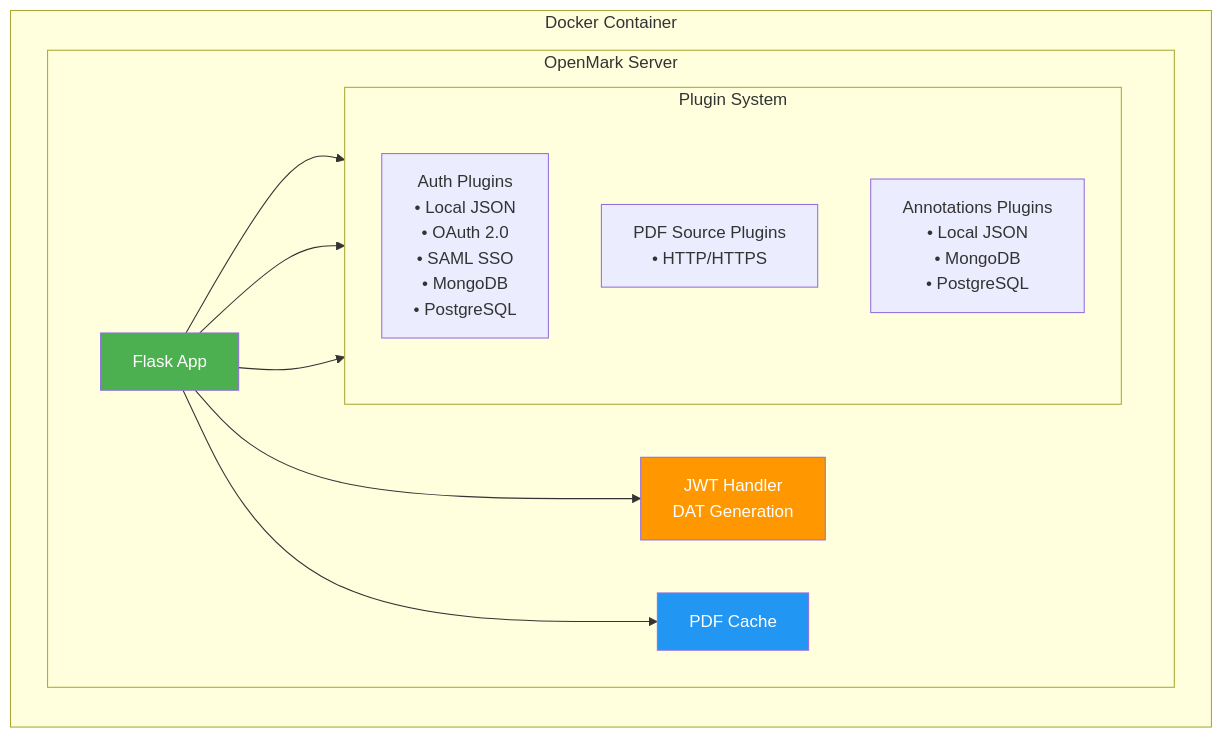
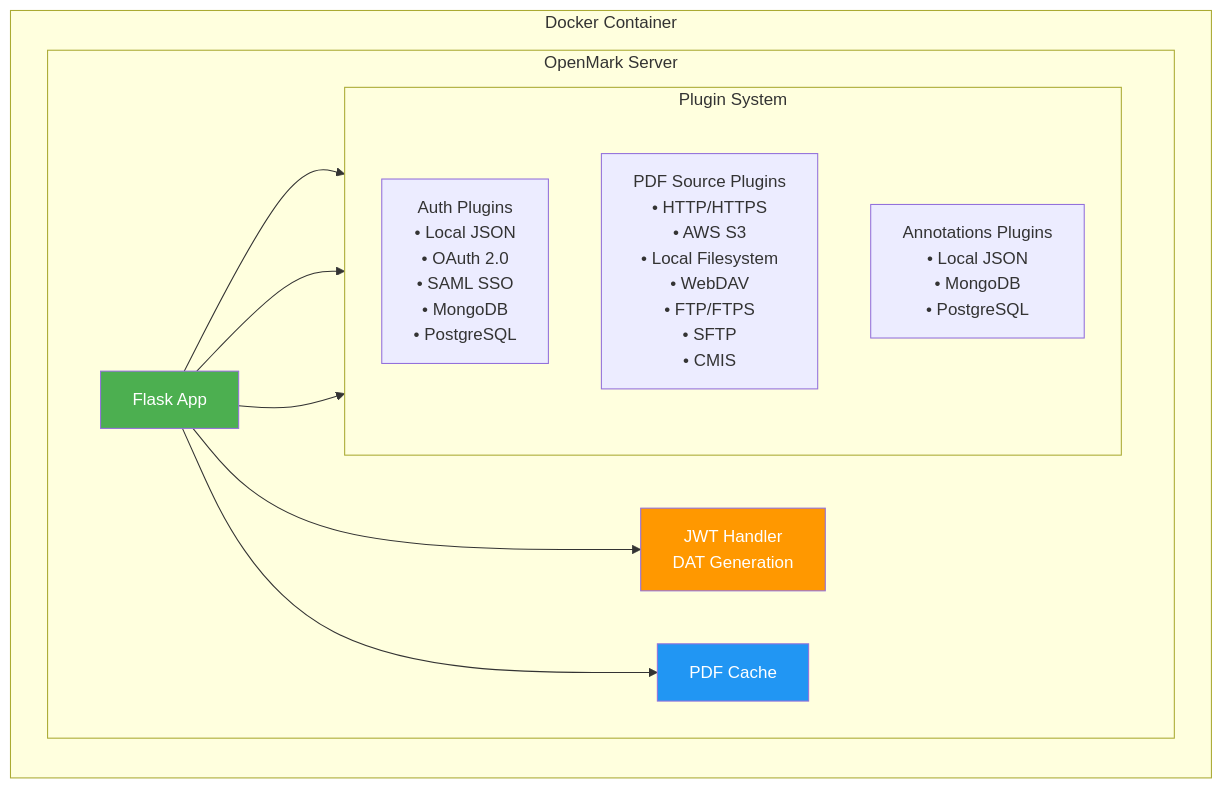
One commit to gLUK00/OpenMark changed the third of 5 diagrams in README.md. Above: the diagram before and after it, drawn with Mermaid. The commit also changed other lines of this file and 23 other files, not shown here.

````diff
--- a/README.md
+++ b/README.md
@@ -119,27 +119,27 @@
 ```mermaid
 graph LR
     subgraph "Docker Container"
         subgraph "OpenMark Server"
             FLASK[Flask App]
             JWT[JWT Handler<br/>DAT Generation]
             CACHE[PDF Cache]
             
             subgraph "Plugin System"
                 direction TB
                 AP[Auth Plugins<br/>• Local JSON<br/>• OAuth 2.0<br/>• SAML SSO<br/>• MongoDB<br/>• PostgreSQL]
-                PP[PDF Source Plugins<br/>• HTTP/HTTPS]
+                PP[PDF Source Plugins<br/>• HTTP/HTTPS<br/>• AWS S3<br/>• Local Filesystem<br/>• WebDAV<br/>• FTP/FTPS<br/>• SFTP<br/>• CMIS]
                 NP[Annotations Plugins<br/>• Local JSON<br/>• MongoDB<br/>• PostgreSQL]
             end
         end
     end
     
     FLASK --> JWT
     FLASK --> CACHE
     FLASK --> AP
     FLASK --> PP
     FLASK --> NP
     
     style FLASK fill:#4caf50,color:#fff
     style JWT fill:#ff9800,color:#fff
     style CACHE fill:#2196f3,color:#fff
 ```
````
